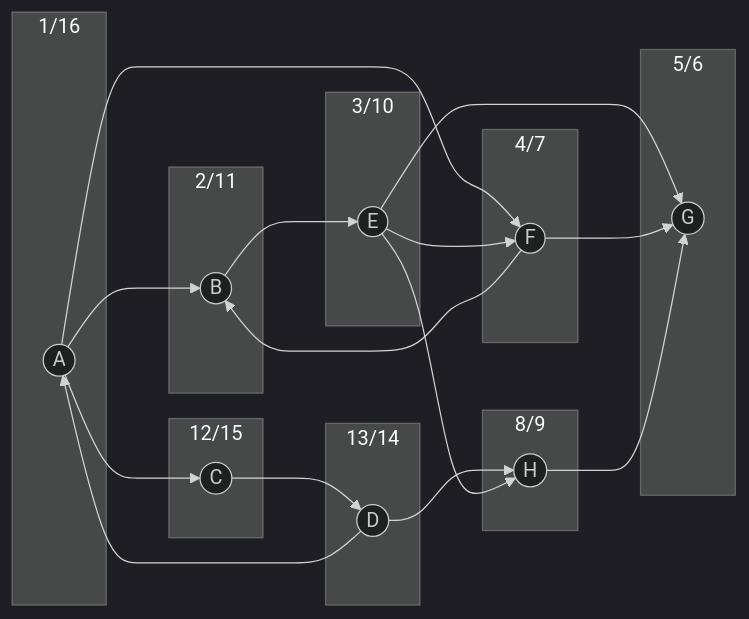
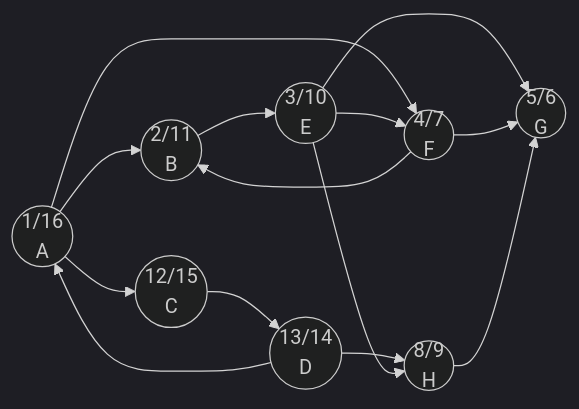
One commit to herzamos/ethz-summaries changed the fourth of 5 diagrams in dna/Graph theory.md. Above: the diagram before and after it, drawn with Mermaid (dark theme). The commit also changed other lines of this file and 1 other file, not shown here.

````diff
--- a/dna/Graph theory.md
+++ b/dna/Graph theory.md
@@ -117,40 +117,19 @@
 ```mermaid
 graph LR
-	subgraph 1/16
-	A((A))
-	end
-	subgraph 2/11
-	B((B))
-	end
-	subgraph 12/15
-	C((C))
-	end
-	subgraph 13/14
-	D
-	end
-	subgraph 3/10
-	E
-	end
-	subgraph 4/7
-	F
-	end
-	subgraph 5/6
-	G
-	end
-	subgraph 8/9
-	H
-	end
-	A --> B((B))
-	A --> C((C))
-	A --> F((F))
-	B --> E((E))
-	C --> D((D))
+	A((1/16 <br> A))
+	B((2/11 <br> B))
+	C((12/15 <br> C))
+	A --> B
+	A --> C
+	A --> F((4/7 <br> F))
+	B --> E((3/10 <br> E))
+	C --> D((13/14 <br> D))
 	D --> A
 	D -->H
 	E --> F
-	E --> G((G))
-	E --> H((H))
+	E --> G((5/6 <br> G))
+	E --> H((8/9 <br> H))
 	F --> B
 	F --> G
 	H --> G
 ```
````
